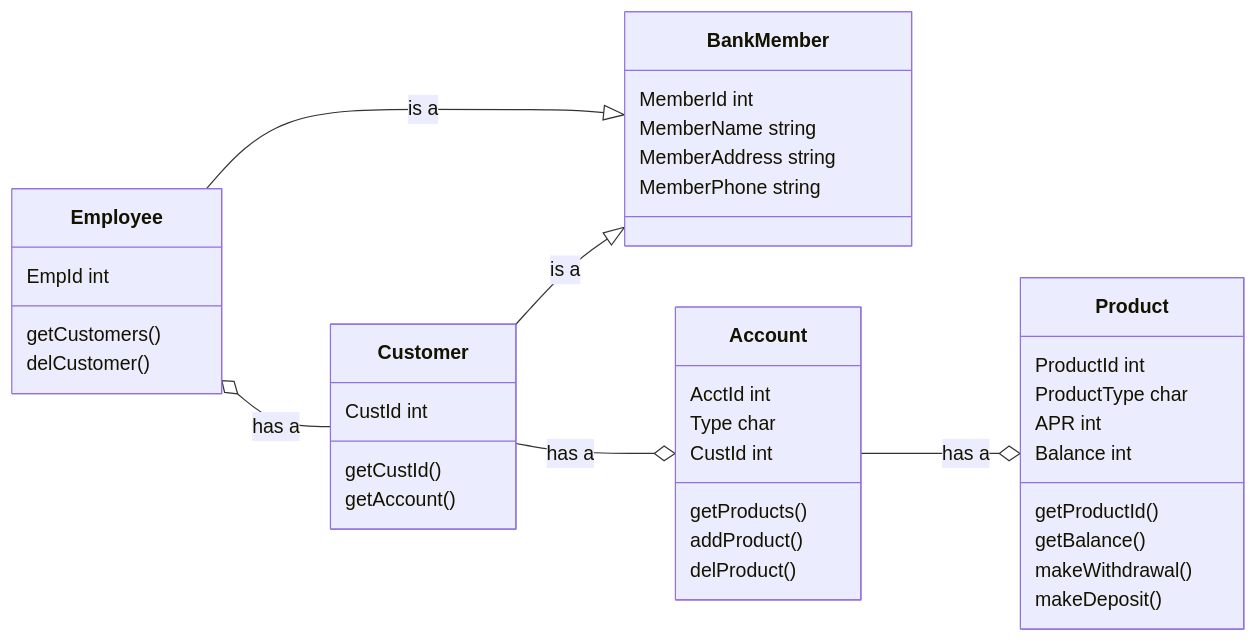
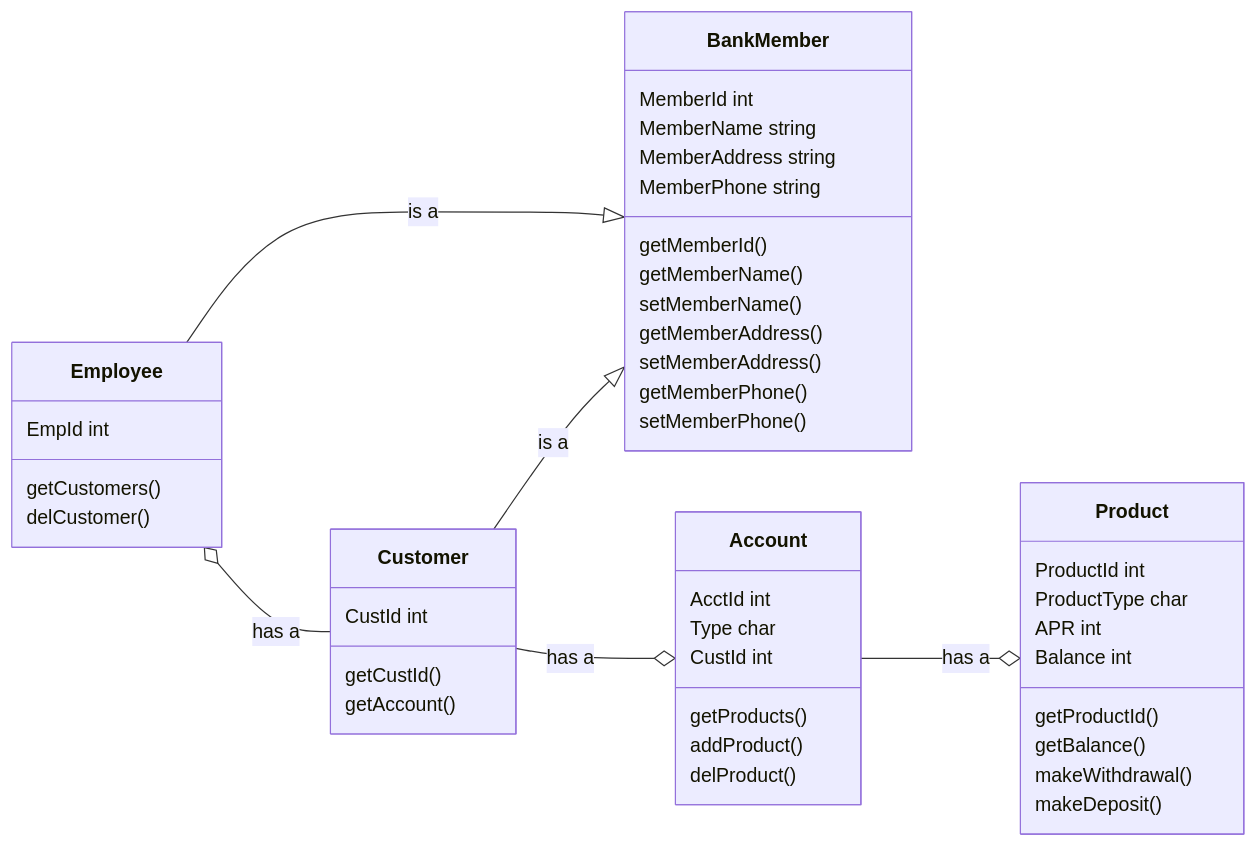
One commit to Marcus-Snell/Test changed the diagram in mermaid.md. Above: the diagram before and after it, drawn with Mermaid.

````diff
--- a/mermaid.md
+++ b/mermaid.md
@@ -1,43 +1,50 @@
 ```mermaid
 classDiagram
 direction LR
 BankMember
 BankMember : MemberId int
 BankMember : MemberName string
 BankMember : MemberAddress string
 BankMember : MemberPhone string
+BankMember : getMemberId()
+BankMember : getMemberName()
+BankMember : setMemberName()
+BankMember : getMemberAddress()
+BankMember : setMemberAddress()
+BankMember : getMemberPhone()
+BankMember : setMemberPhone()
 
 
 Employee --|> BankMember : is a
 Employee o-- Customer : has a
 Employee : EmpId int
 Employee : getCustomers()
 Employee : delCustomer()
 
 Customer --|> BankMember : is a
 Customer --o Account : has a
 Customer : CustId int
 Customer : getCustId()
 Customer : getAccount()
 
 Account --o Product : has a
 Account : AcctId int
 Account : Type char
 Account : CustId int
 Account : getProducts()
 Account : addProduct()
 Account : delProduct()
 
 
 
 
 Product : ProductId int
 Product : ProductType char
 Product : APR int
 Product : Balance int
 Product : getProductId()
 Product : getBalance()
 Product : makeWithdrawal()
 Product : makeDeposit()
 
 ```
````
